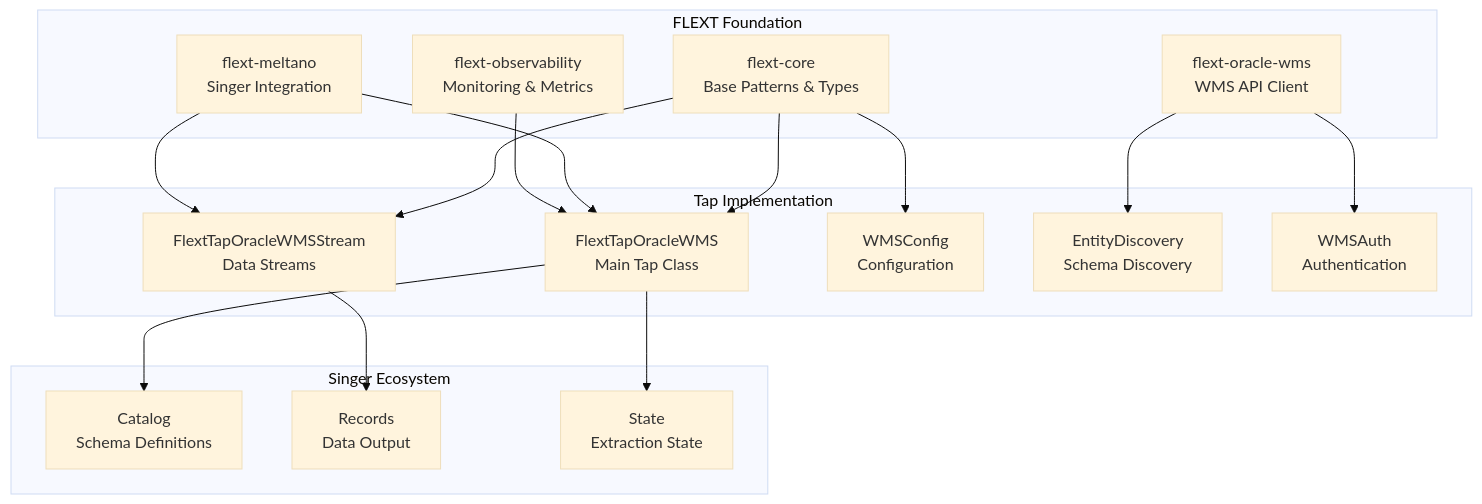
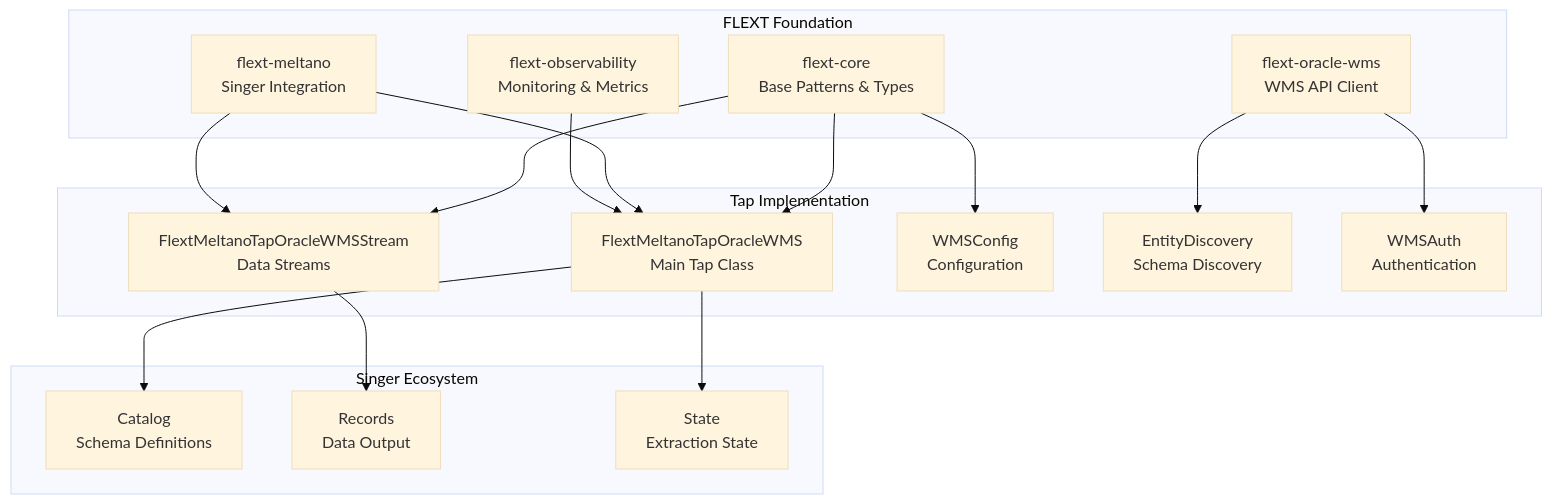
Before and after one commit to flext-sh/flext-tap-oracle-wms: the diagram in docs/architecture/flext-integration.md, drawn with Mermaid (base theme). The commit also changed other lines of this file and 32 other files, not shown here.

````diff
--- a/docs/architecture/flext-integration.md
+++ b/docs/architecture/flext-integration.md
@@ -9,36 +9,36 @@
 ```mermaid
 graph TB
     subgraph "FLEXT Foundation"
         FC[flext-core<br/>Base Patterns & Types]
         FOW[flext-oracle-wms<br/>WMS API Client]
         FM[flext-meltano<br/>Singer Integration]
         FO[flext-observability<br/>Monitoring & Metrics]
     end
 
     subgraph "Tap Implementation"
-        TAP[FlextTapOracleWMS<br/>Main Tap Class]
-        STREAMS[FlextTapOracleWMSStream<br/>Data Streams]
+        TAP[FlextMeltanoTapOracleWMS<br/>Main Tap Class]
+        STREAMS[FlextMeltanoTapOracleWMSStream<br/>Data Streams]
         CONFIG[WMSConfig<br/>Configuration]
         DISCOVERY[EntityDiscovery<br/>Schema Discovery]
         AUTH[WMSAuth<br/>Authentication]
     end
 
     subgraph "Singer Ecosystem"
         CATALOG[Catalog<br/>Schema Definitions]
         RECORDS[Records<br/>Data Output]
         STATE[State<br/>Extraction State]
     end
 
     FC --> TAP
     FC --> CONFIG
     FC --> STREAMS
     FOW --> AUTH
     FOW --> DISCOVERY
     FM --> TAP
     FM --> STREAMS
     FO --> TAP
 
     TAP --> CATALOG
     STREAMS --> RECORDS
     TAP --> STATE
 ```
````
